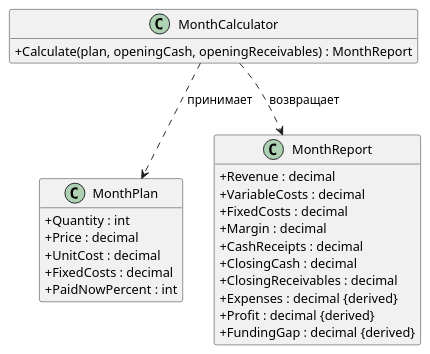
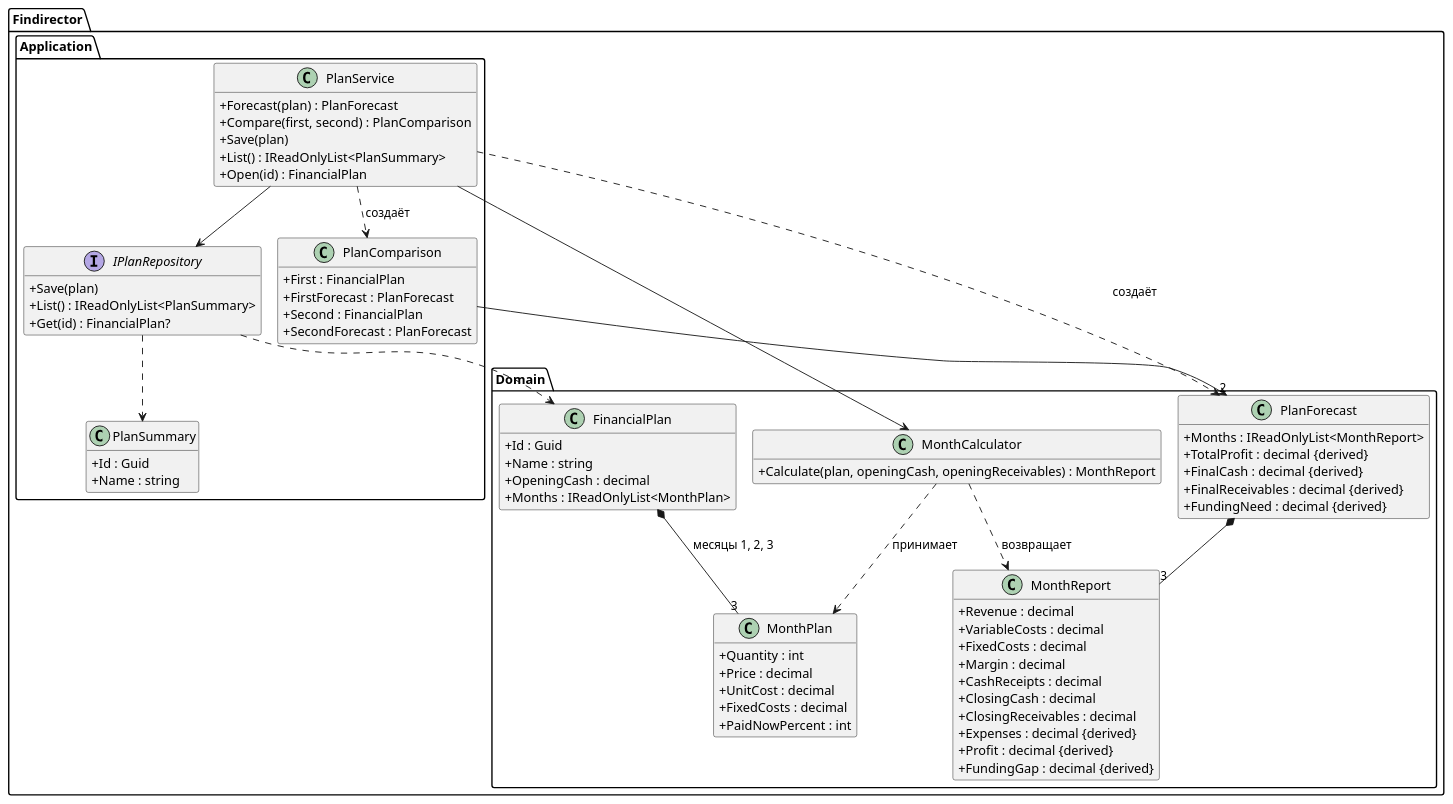
Before and after one commit to Lev12345678901234567890/Findirector: the diagram in docs/diagrams/domain.puml, drawn with PlantUML. The commit also changed 7 other files, not shown here.

Commit message:
ЛР2: слои, контракты операций, диаграммы компонентов, классов и ER

```diff
--- a/docs/diagrams/domain.puml
+++ b/docs/diagrams/domain.puml
@@ -1,28 +1,80 @@
 @startuml
+!pragma layout smetana
 skinparam classAttributeIconSize 0
 hide empty members
-class MonthPlan {
-  +Quantity : int
-  +Price : decimal
-  +UnitCost : decimal
-  +FixedCosts : decimal
-  +PaidNowPercent : int
+
+package "Findirector.Domain" {
+  class FinancialPlan {
+    +Id : Guid
+    +Name : string
+    +OpeningCash : decimal
+    +Months : IReadOnlyList<MonthPlan>
+  }
+  class MonthPlan {
+    +Quantity : int
+    +Price : decimal
+    +UnitCost : decimal
+    +FixedCosts : decimal
+    +PaidNowPercent : int
+  }
+  class MonthCalculator {
+    +Calculate(plan, openingCash, openingReceivables) : MonthReport
+  }
+  class MonthReport {
+    +Revenue : decimal
+    +VariableCosts : decimal
+    +FixedCosts : decimal
+    +Margin : decimal
+    +CashReceipts : decimal
+    +ClosingCash : decimal
+    +ClosingReceivables : decimal
+    +Expenses : decimal {derived}
+    +Profit : decimal {derived}
+    +FundingGap : decimal {derived}
+  }
+  class PlanForecast {
+    +Months : IReadOnlyList<MonthReport>
+    +TotalProfit : decimal {derived}
+    +FinalCash : decimal {derived}
+    +FinalReceivables : decimal {derived}
+    +FundingNeed : decimal {derived}
+  }
 }
-class MonthCalculator {
-  +Calculate(plan, openingCash, openingReceivables) : MonthReport
+
+package "Findirector.Application" {
+  class PlanService {
+    +Forecast(plan) : PlanForecast
+    +Compare(first, second) : PlanComparison
+    +Save(plan)
+    +List() : IReadOnlyList<PlanSummary>
+    +Open(id) : FinancialPlan
+  }
+  interface IPlanRepository {
+    +Save(plan)
+    +List() : IReadOnlyList<PlanSummary>
+    +Get(id) : FinancialPlan?
+  }
+  class PlanComparison {
+    +First : FinancialPlan
+    +FirstForecast : PlanForecast
+    +Second : FinancialPlan
+    +SecondForecast : PlanForecast
+  }
+  class PlanSummary {
+    +Id : Guid
+    +Name : string
+  }
 }
-class MonthReport {
-  +Revenue : decimal
-  +VariableCosts : decimal
-  +FixedCosts : decimal
-  +Margin : decimal
-  +CashReceipts : decimal
-  +ClosingCash : decimal
-  +ClosingReceivables : decimal
-  +Expenses : decimal {derived}
-  +Profit : decimal {derived}
-  +FundingGap : decimal {derived}
-}
+
+FinancialPlan *-- "3" MonthPlan : месяцы 1, 2, 3
+PlanForecast *-- "3" MonthReport
 MonthCalculator ..> MonthPlan : принимает
 MonthCalculator ..> MonthReport : возвращает
+PlanService --> MonthCalculator
+PlanService --> IPlanRepository
+PlanService ..> PlanForecast : создаёт
+PlanService ..> PlanComparison : создаёт
+PlanComparison --> "2" PlanForecast
+IPlanRepository ..> FinancialPlan
+IPlanRepository ..> PlanSummary
 @enduml
```
